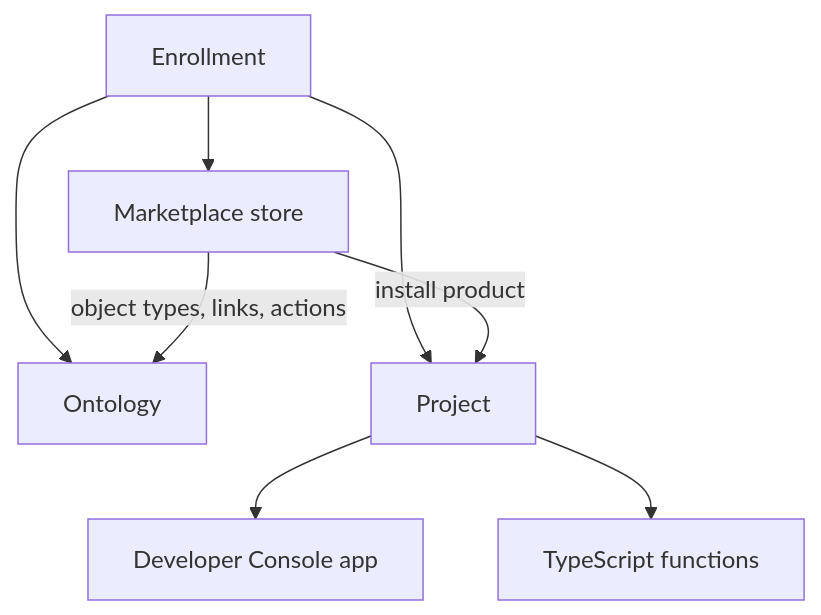
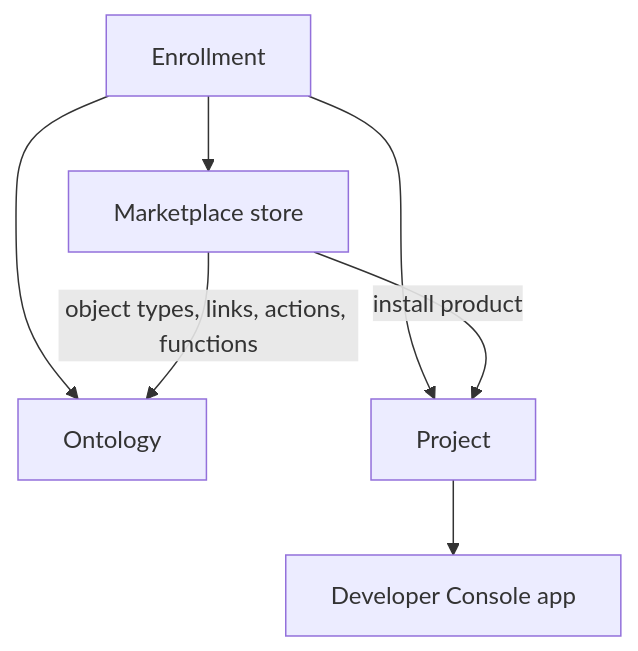
One commit to ygorz/harbor-desk changed the first of 6 diagrams in docs/study-guide.md. Above: the diagram before and after it, drawn with Mermaid. The commit also changed other lines of this file and 38 other files, not shown here.

````diff
--- a/docs/study-guide.md
+++ b/docs/study-guide.md
@@ -32,16 +48,15 @@
 ```mermaid
 flowchart TB
   enrollment[Enrollment]
   ontology[Ontology]
   project[Project]
   marketplace[Marketplace store]
   devConsole[Developer Console app]
 
   enrollment --> ontology
   enrollment --> project
   enrollment --> marketplace
   marketplace -->|"install product"| project
-  marketplace -->|"object types, links, actions"| ontology
+  marketplace -->|"object types, links, actions, functions"| ontology
   project --> devConsole
-  project --> functions[TypeScript functions]
 ```
````
